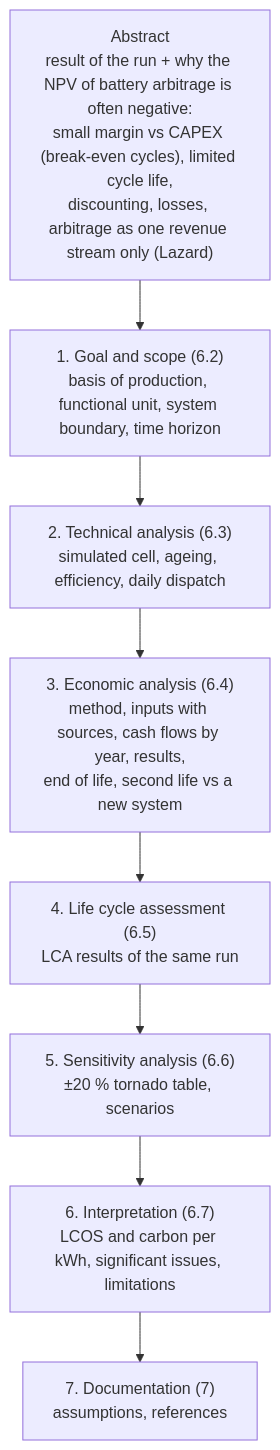
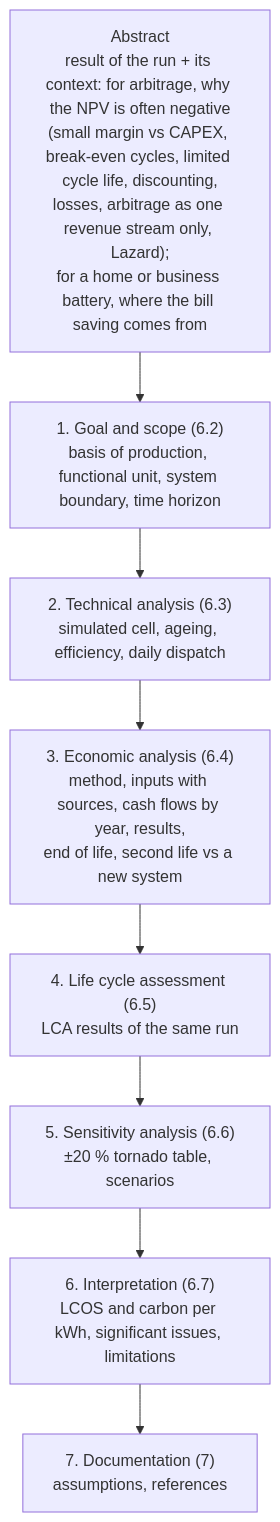
One commit to TheJohn01/DigitalTwinBattery changed the tenth of 13 diagrams in README.md. Above: the diagram before and after it, drawn with Mermaid. The commit also changed other lines of this file and 10 other files, not shown here.

````diff
--- a/README.md
+++ b/README.md
@@ -1675,12 +2012,12 @@
 ```mermaid
 flowchart TD
-    A["Abstract<br/>result of the run + why the NPV of battery arbitrage is often negative:<br/>small margin vs CAPEX (break-even cycles), limited cycle life,<br/>discounting, losses, arbitrage as one revenue stream only (Lazard)"]
+    A["Abstract<br/>result of the run + its context: for arbitrage, why the NPV is often negative<br/>(small margin vs CAPEX, break-even cycles, limited cycle life, discounting,<br/>losses, arbitrage as one revenue stream only, Lazard);<br/>for a home or business battery, where the bill saving comes from"]
     G["1. Goal and scope (6.2)<br/>basis of production, functional unit, system boundary, time horizon"]
     T["2. Technical analysis (6.3)<br/>simulated cell, ageing, efficiency, daily dispatch"]
     E["3. Economic analysis (6.4)<br/>method, inputs with sources, cash flows by year, results,<br/>end of life, second life vs a new system"]
     L["4. Life cycle assessment (6.5)<br/>LCA results of the same run"]
     S["5. Sensitivity analysis (6.6)<br/>±20 % tornado table, scenarios"]
     I["6. Interpretation (6.7)<br/>LCOS and carbon per kWh, significant issues, limitations"]
     D["7. Documentation (7)<br/>assumptions, references"]
     A --> G --> T --> E --> L --> S --> I --> D
 ```
````
